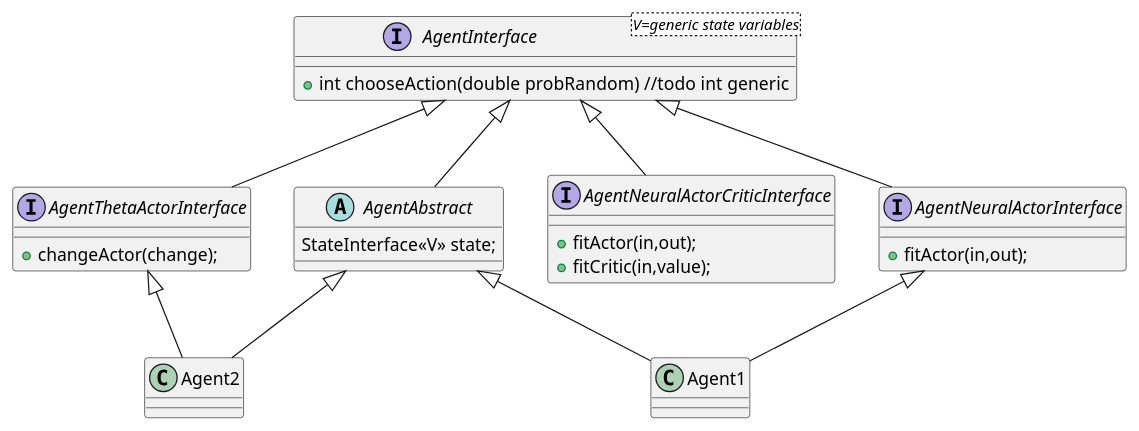
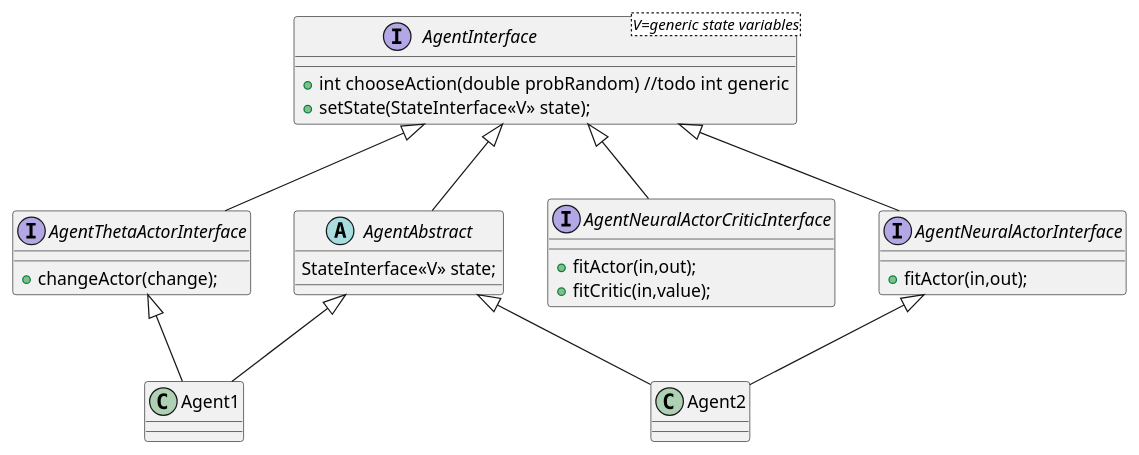
One commit to JonasHellgren/MachineLearning changed the diagram in src/main/java/policy_gradient_problems/class_diagrams/agent.puml. Above: the diagram before and after it, drawn with PlantUML. The commit also changed 9 other files, not shown here.

```diff
--- a/src/main/java/policy_gradient_problems/class_diagrams/agent.puml
+++ b/src/main/java/policy_gradient_problems/class_diagrams/agent.puml
@@ -1,37 +1,37 @@
 @startuml
 'https://plantuml.com/class-diagram
 
 interface AgentInterface<V=generic state variables> {
 + int chooseAction(double probRandom)  //todo int generic
-'/ + setState(StateInterface<<V>> state);
++ setState(StateInterface<<V>> state);
 '/ + double readValue(StateInterface<<V>> state);  //todo needed?
 }
 
 interface AgentThetaActorInterface {
 + changeActor(change);
 }
 
 interface AgentNeuralActorInterface {
 + fitActor(in,out);
 }
 
 interface AgentNeuralActorCriticInterface {
 + fitActor(in,out);
 + fitCritic(in,value);
 }
 
 abstract class AgentAbstract {
 '/    EnvironmentInterface<<V>> environment;
     StateInterface<<V>> state;
 }
 
 AgentInterface <|-- AgentAbstract
 AgentInterface <|-- AgentThetaActorInterface
 AgentInterface <|-- AgentNeuralActorInterface
 AgentInterface <|-- AgentNeuralActorCriticInterface
 AgentAbstract  <|-- Agent1
 AgentAbstract  <|-- Agent2
-AgentThetaActorInterface  <|-- Agent2
-AgentNeuralActorInterface  <|-- Agent1
+AgentThetaActorInterface  <|-- Agent1
+AgentNeuralActorInterface  <|-- Agent2
 
 @enduml
```
